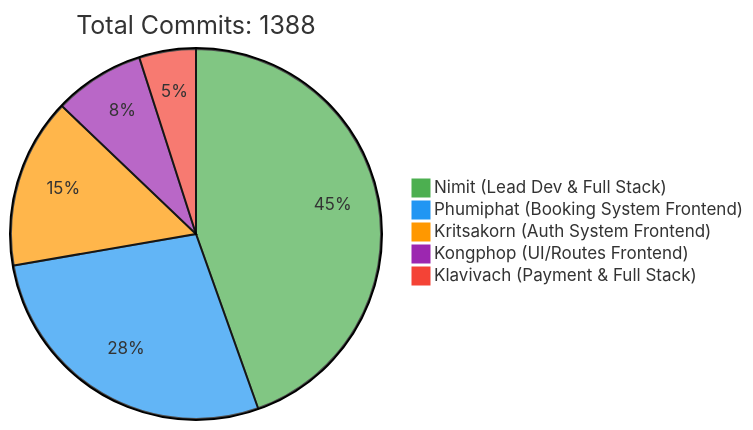
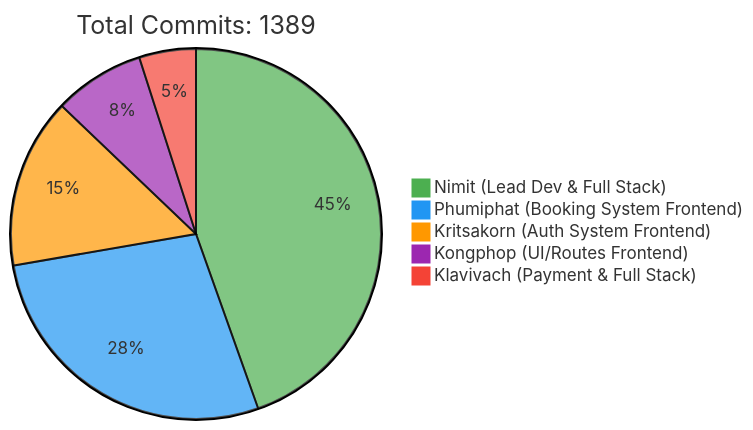
Before and after one commit to 6531503042/Sport-Complex: the first of 2 diagrams in README.md, drawn with Mermaid. The commit also changed other lines of this file, not shown here.

Commit message:
docs: Update contributor statistics [skip ci]

````diff
--- a/README.md
+++ b/README.md
@@ -257,10 +257,10 @@
 ```mermaid
 %%{init: {'theme': 'base', 'themeVariables': { 'pie1': '#4CAF50', 'pie2': '#2196F3', 'pie3': '#FF9800', 'pie4': '#9C27B0', 'pie5': '#F44336'}}}%%
 pie
-    title Total Commits: 1388
+    title Total Commits: 1389
     "Nimit (Lead Dev & Full Stack)" : 450
     "Phumiphat (Booking System Frontend)" : 280
     "Kritsakorn (Auth System Frontend)" : 150
     "Kongphop (UI/Routes Frontend)" : 80
     "Klavivach (Payment & Full Stack)" : 50
 ```
````
